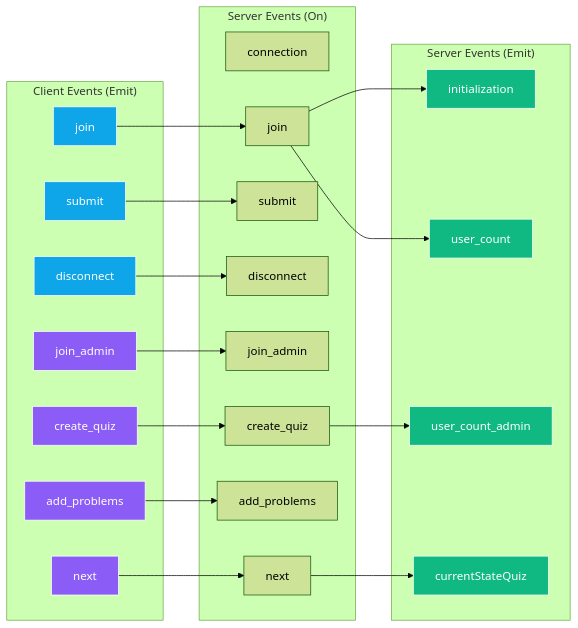
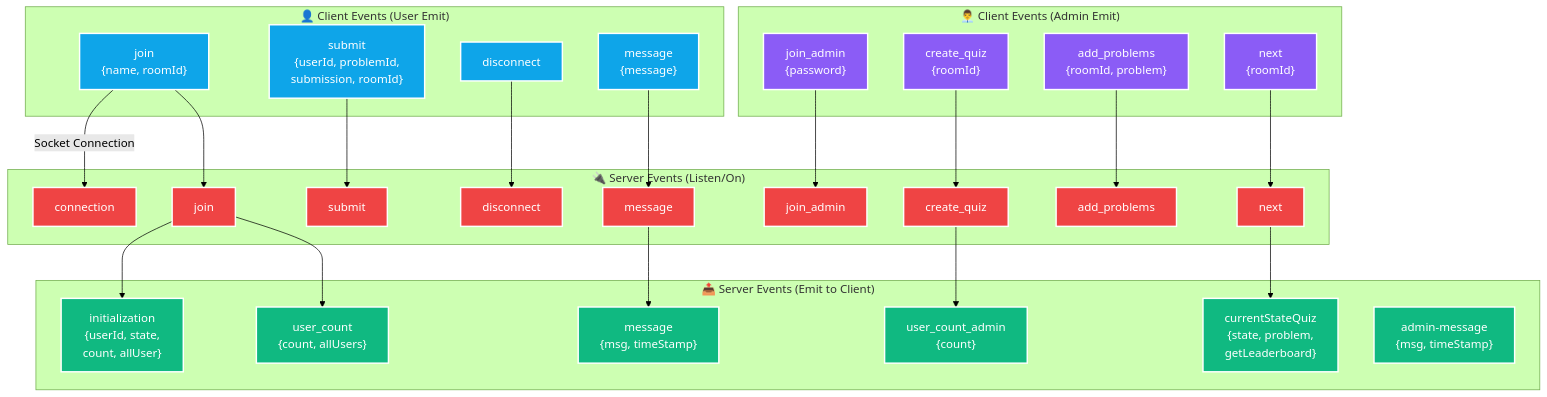
One commit to AbhinavCoder-14/Think-Sync-2 changed the third of 3 diagrams in README.md. Above: the diagram before and after it, drawn with Mermaid (forest theme).

Commit message:
I'm Done ;)

````diff
--- a/README.md
+++ b/README.md
@@ -164,55 +164,86 @@
 ```mermaid
-graph LR
-    subgraph "Client Events (Emit)"
-        CE1["join"]
-        CE2["submit"]
+graph TB
+    subgraph "👤 Client Events (User Emit)"
+        CE1["join<br/>{name, roomId}"]
+        CE2["submit<br/>{userId, problemId,<br/>submission, roomId}"]
         CE3["disconnect"]
-        CE4["join_admin"]
-        CE5["create_quiz"]
-        CE6["add_problems"]
-        CE7["next"]
+        CE4["message<br/>{message}"]
     end
 
-    subgraph "Server Events (On)"
+    subgraph "👨‍💼 Client Events (Admin Emit)"
+        CE5["join_admin<br/>{password}"]
+        CE6["create_quiz<br/>{roomId}"]
+        CE7["add_problems<br/>{roomId, problem}"]
+        CE8["next<br/>{roomId}"]
+    end
+
+    subgraph "🔌 Server Events (Listen/On)"
         SE1["connection"]
         SE2["join"]
         SE3["submit"]
         SE4["disconnect"]
-        SE5["join_admin"]
-        SE6["create_quiz"]
-        SE7["add_problems"]
-        SE8["next"]
+        SE5["message"]
+        SE6["join_admin"]
+        SE7["create_quiz"]
+        SE8["add_problems"]
+        SE9["next"]
     end
 
-    subgraph "Server Events (Emit)"
-        SE9["initialization"]
-        SE10["user_count"]
-        SE11["user_count_admin"]
-        SE12["currentStateQuiz"]
+    subgraph "📤 Server Events (Emit to Client)"
+        SE10["initialization<br/>{userId, state,<br/>count, allUser}"]
+        SE11["user_count<br/>{count, allUsers}"]
+        SE12["user_count_admin<br/>{count}"]
+        SE13["currentStateQuiz<br/>{state, problem,<br/>getLeaderboard}"]
+        SE14["message<br/>{msg, timeStamp}"]
+        SE15["admin-message<br/>{msg, timeStamp}"]
     end
 
+    %% User Flow
+    CE1 -->|Socket Connection| SE1
     CE1 --> SE2
     CE2 --> SE3
     CE3 --> SE4
     CE4 --> SE5
+
+    %% Admin Flow
     CE5 --> SE6
     CE6 --> SE7
     CE7 --> SE8
+    CE8 --> SE9
 
-    SE2 --> SE9
+    %% Server Responses
     SE2 --> SE10
-    SE6 --> SE11
-    SE8 --> SE12
+    SE2 --> SE11
+    SE7 --> SE12
+    SE9 --> SE13
+    SE5 --> SE14
 
-    style CE1 fill:#0ea5e9,stroke:#fff,color:#fff
-    style CE2 fill:#0ea5e9,stroke:#fff,color:#fff
-    style CE3 fill:#0ea5e9,stroke:#fff,color:#fff
-    style CE4 fill:#8b5cf6,stroke:#fff,color:#fff
-    style CE5 fill:#8b5cf6,stroke:#fff,color:#fff
-    style CE6 fill:#8b5cf6,stroke:#fff,color:#fff
-    style CE7 fill:#8b5cf6,stroke:#fff,color:#fff
-    style SE9 fill:#10b981,stroke:#fff,color:#fff
-    style SE10 fill:#10b981,stroke:#fff,color:#fff
-    style SE11 fill:#10b981,stroke:#fff,color:#fff
-    style SE12 fill:#10b981,stroke:#fff,color:#fff
+    %% Styling
+    style CE1 fill:#0ea5e9,stroke:#fff,stroke-width:2px,color:#fff
+    style CE2 fill:#0ea5e9,stroke:#fff,stroke-width:2px,color:#fff
+    style CE3 fill:#0ea5e9,stroke:#fff,stroke-width:2px,color:#fff
+    style CE4 fill:#0ea5e9,stroke:#fff,stroke-width:2px,color:#fff
+    
+    style CE5 fill:#8b5cf6,stroke:#fff,stroke-width:2px,color:#fff
+    style CE6 fill:#8b5cf6,stroke:#fff,stroke-width:2px,color:#fff
+    style CE7 fill:#8b5cf6,stroke:#fff,stroke-width:2px,color:#fff
+    style CE8 fill:#8b5cf6,stroke:#fff,stroke-width:2px,color:#fff
+    
+    style SE1 fill:#ef4444,stroke:#fff,stroke-width:2px,color:#fff
+    style SE2 fill:#ef4444,stroke:#fff,stroke-width:2px,color:#fff
+    style SE3 fill:#ef4444,stroke:#fff,stroke-width:2px,color:#fff
+    style SE4 fill:#ef4444,stroke:#fff,stroke-width:2px,color:#fff
+    style SE5 fill:#ef4444,stroke:#fff,stroke-width:2px,color:#fff
+    style SE6 fill:#ef4444,stroke:#fff,stroke-width:2px,color:#fff
+    style SE7 fill:#ef4444,stroke:#fff,stroke-width:2px,color:#fff
+    style SE8 fill:#ef4444,stroke:#fff,stroke-width:2px,color:#fff
+    style SE9 fill:#ef4444,stroke:#fff,stroke-width:2px,color:#fff
+    
+    style SE10 fill:#10b981,stroke:#fff,stroke-width:2px,color:#fff
+    style SE11 fill:#10b981,stroke:#fff,stroke-width:2px,color:#fff
+    style SE12 fill:#10b981,stroke:#fff,stroke-width:2px,color:#fff
+    style SE13 fill:#10b981,stroke:#fff,stroke-width:2px,color:#fff
+    style SE14 fill:#10b981,stroke:#fff,stroke-width:2px,color:#fff
+    style SE15 fill:#10b981,stroke:#fff,stroke-width:2px,color:#fff
+
 ```
````
